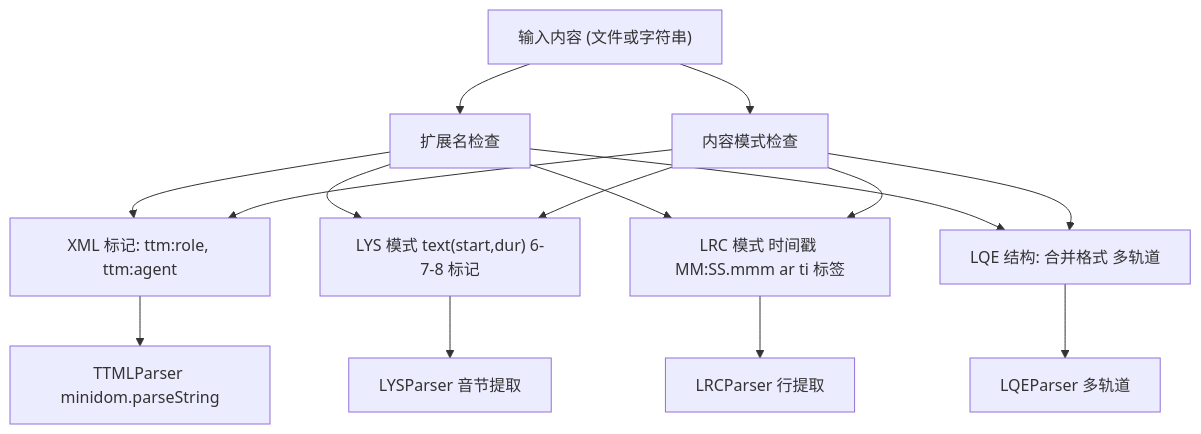
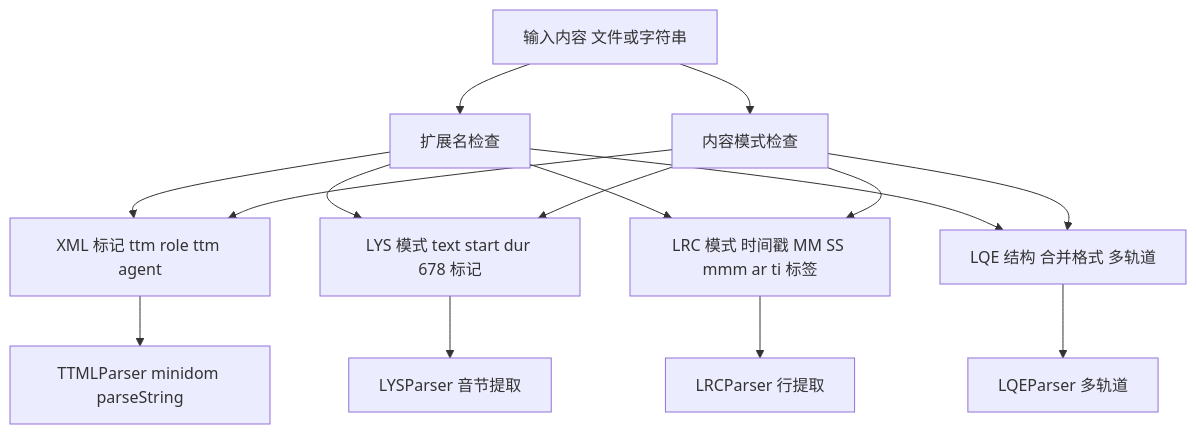
Before and after one commit to HKLHaoBin/LyricSphere: diagram 31 of 44 in README.md, drawn with Mermaid. The commit also changed other lines of this file, not shown here.

First line of the commit message:
docs: 更新流程图中的文本格式和结构

````diff
--- a/README.md
+++ b/README.md
@@ -3180,28 +3180,33 @@
 ```mermaid
 flowchart TD
-Input["输入内容 (文件或字符串)"]
-ExtCheck["扩展名检查"]
-ContentCheck["内容模式检查"]
-TTMLMarkers["XML 标记: ttm:role, ttm:agent"]
-LYSMarkers["LYS 模式 text(start,dur) 6-7-8 标记"]
-LRCMarkers["LRC 模式 时间戳 MM:SS.mmm ar ti 标签"]
-LQEMarkers["LQE 结构: 合并格式 多轨道"]
-TTMLParser["TTMLParser minidom.parseString"]
-LYSParser["LYSParser 音节提取"]
-LRCParser["LRCParser 行提取"]
-LQEParser["LQEParser 多轨道"]
-Input --> ExtCheck
-Input --> ContentCheck
-ExtCheck --> TTMLMarkers
-ExtCheck --> LYSMarkers
-ExtCheck --> LRCMarkers
-ExtCheck --> LQEMarkers
-ContentCheck --> TTMLMarkers
-ContentCheck --> LYSMarkers
-ContentCheck --> LRCMarkers
-ContentCheck --> LQEMarkers
-TTMLMarkers --> TTMLParser
-LYSMarkers --> LYSParser
-LRCMarkers --> LRCParser
-LQEMarkers --> LQEParser
+    Input["输入内容 文件或字符串"]
+    ExtCheck["扩展名检查"]
+    ContentCheck["内容模式检查"]
+    TTMLMarkers["XML 标记 ttm role ttm agent"]
+    LYSMarkers["LYS 模式 text start dur 678 标记"]
+    LRCMarkers["LRC 模式 时间戳 MM SS mmm ar ti 标签"]
+    LQEMarkers["LQE 结构 合并格式 多轨道"]
+    TTMLParser["TTMLParser minidom parseString"]
+    LYSParser["LYSParser 音节提取"]
+    LRCParser["LRCParser 行提取"]
+    LQEParser["LQEParser 多轨道"]
+
+    Input --> ExtCheck
+    Input --> ContentCheck
+
+    ExtCheck --> TTMLMarkers
+    ExtCheck --> LYSMarkers
+    ExtCheck --> LRCMarkers
+    ExtCheck --> LQEMarkers
+
+    ContentCheck --> TTMLMarkers
+    ContentCheck --> LYSMarkers
+    ContentCheck --> LRCMarkers
+    ContentCheck --> LQEMarkers
+
+    TTMLMarkers --> TTMLParser
+    LYSMarkers --> LYSParser
+    LRCMarkers --> LRCParser
+    LQEMarkers --> LQEParser
+
 ```
````
